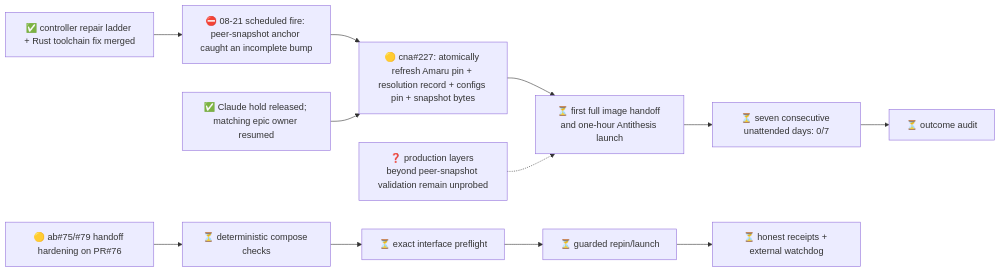
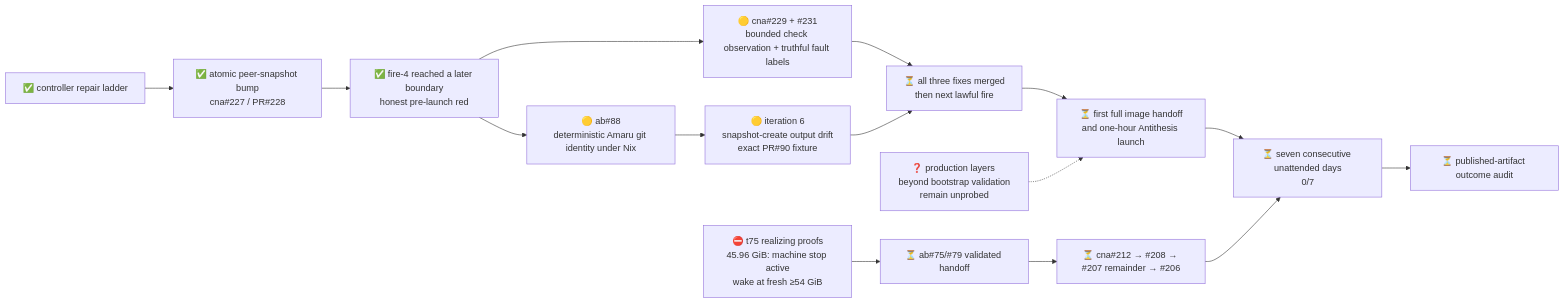
Before and after one commit to cardano-foundation/cardano-node-antithesis: the diagram in .milestones/2/state.md, drawn with Mermaid. The commit also changed other lines of this file and 6 other files, not shown here.

````diff
--- a/.milestones/2/state.md
+++ b/.milestones/2/state.md
@@ -6,9 +7,14 @@
 ```mermaid
 flowchart LR
-    fixes["✅ controller repair ladder + Rust toolchain fix merged"] --> fire["⛔ 08-21 scheduled fire: peer-snapshot anchor caught an incomplete bump"]
-    fire --> snap["🟡 cna#227: atomically refresh Amaru pin + resolution record + configs pin + snapshot bytes"]
-    snap --> launch["⏳ first full image handoff and one-hour Antithesis launch"] --> streak["⏳ seven consecutive unattended days: 0/7"] --> audit["⏳ outcome audit"]
-    t75["🟡 ab#75/#79 handoff hardening on PR#76"] --> e212["⏳ deterministic compose checks"] --> e208["⏳ exact interface preflight"] --> e207["⏳ guarded repin/launch"] --> e206["⏳ honest receipts + external watchdog"]
-    release["✅ Claude hold released; matching epic owner resumed"] --> snap
-    unknown["❓ production layers beyond peer-snapshot validation remain unprobed"] -.-> launch
+    ladder["✅ controller repair ladder"] --> atomic["✅ atomic peer-snapshot bump<br/>cna#227 / PR#228"]
+    atomic --> fire4["✅ fire-4 reached a later boundary<br/>honest pre-launch red"]
+    fire4 --> observe["🟡 cna#229 + #231<br/>bounded check observation + truthful fault labels"]
+    fire4 --> gitinfo["🟡 ab#88<br/>deterministic Amaru git identity under Nix"]
+    observe --> fire5["⏳ all three fixes merged<br/>then next lawful fire"]
+    gitinfo --> snapshot6["🟡 iteration 6<br/>snapshot-create output drift<br/>exact PR#90 fixture"] --> fire5
+    fire5 --> launch["⏳ first full image handoff<br/>and one-hour Antithesis launch"]
+    launch --> streak["⏳ seven consecutive unattended days<br/>0/7"] --> audit["⏳ published-artifact outcome audit"]
+    capacity["⛔ t75 realizing proofs<br/>45.96 GiB: machine stop active<br/>wake at fresh ≥54 GiB"] --> t75["⏳ ab#75/#79 validated handoff"]
+    t75 --> hardening["⏳ cna#212 → #208 → #207 remainder → #206"] --> streak
+    unknown["❓ production layers beyond bootstrap validation<br/>remain unprobed"] -.-> launch
 ```
````
